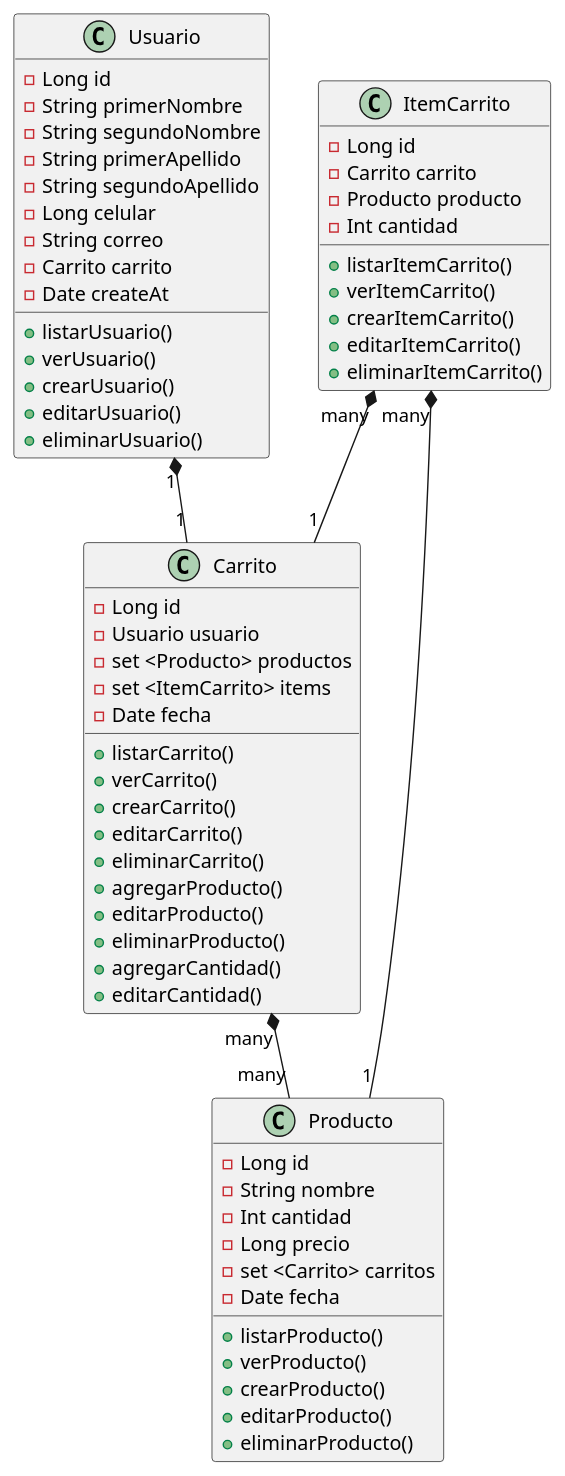
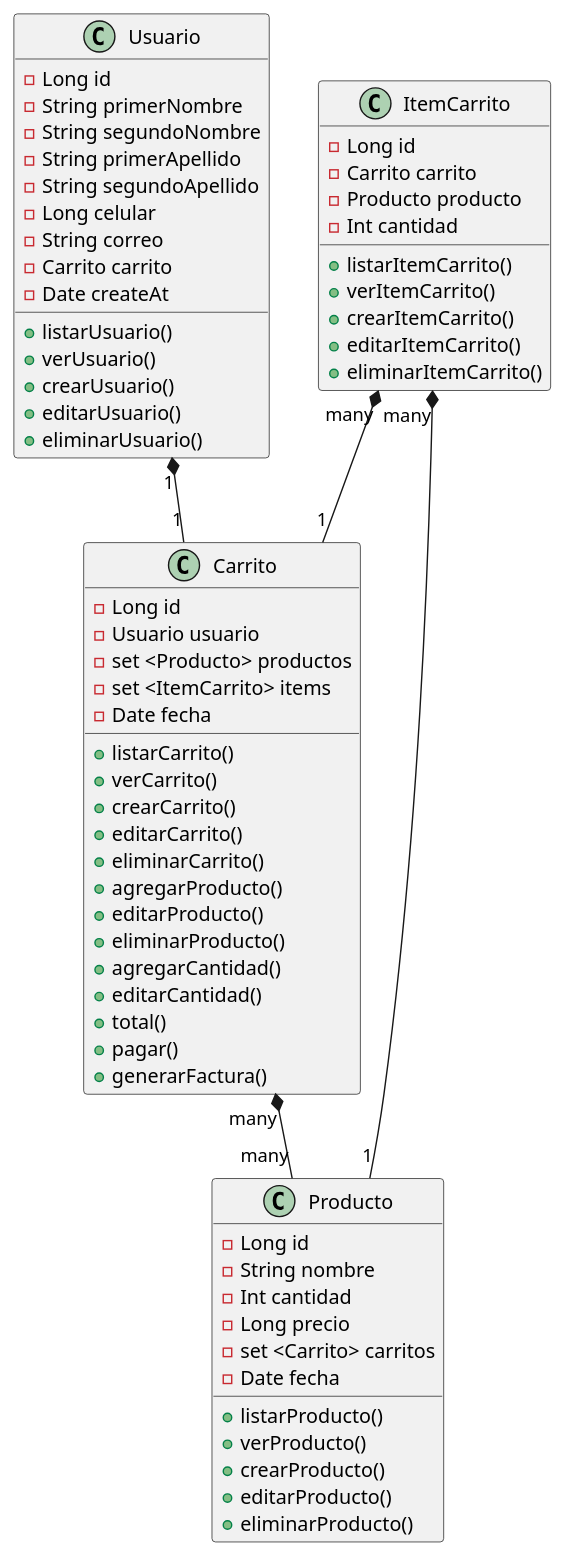
One commit to jonnycanabal/tienda-web-backend changed the diagram in diagramas-tienda-web/diagrama_de_clases.puml. Above: the diagram before and after it, drawn with PlantUML. The commit also changed 8 other files, not shown here.

Commit message:
Actualizacino diagramas UML

```diff
--- a/diagramas-tienda-web/diagrama_de_clases.puml
+++ b/diagramas-tienda-web/diagrama_de_clases.puml
@@ -1,92 +1,95 @@
 @startuml tienda-web
 
 Usuario "1" *-- "1" Carrito
 Carrito "many" *-- "many" Producto
 ItemCarrito "many" *-- "1" Carrito
 ItemCarrito "many" *-- "1" Producto 
 
 Class Usuario {
     - Long id
     - String primerNombre
     - String segundoNombre
     - String primerApellido
     - String segundoApellido
     - Long celular
     - String correo
     - Carrito carrito
     - Date createAt
 
     + listarUsuario()
     + verUsuario()
     + crearUsuario()
     + editarUsuario()
     + eliminarUsuario()
 
     ' + Long getId()
     ' + void setId(Long id)
     ' + String getPrimerNombre()
     ' + void setPrimerNombre()
     ' + String getSegundoNombre()
     ' + void setSegundoNombre()
     ' + String getPrimerApellido()
     ' + void setPrimerApllido()
     ' + String getSegundoApellido()
     ' + void setSegundoApellido()
     ' + Long getCelular()
     ' + void setCelular()
     ' + String getCorreo()
     ' + void setCorreo()
     ' + Carrito getCarrito()
     ' + void setCarrito()
     ' + Date getCreateAt()
     ' + void setCreateAt()
 }
 
 class Producto{
     - Long id
     - String nombre
     - Int cantidad
     - Long precio
     - set <Carrito> carritos
     - Date fecha
 
     + listarProducto()
     + verProducto()
     + crearProducto()
     + editarProducto()
     + eliminarProducto()
 }
 
 class Carrito{
     - Long id
     - Usuario usuario
     - set <Producto> productos
     - set <ItemCarrito> items
     - Date fecha
     
     + listarCarrito()
     + verCarrito()
     + crearCarrito()
     + editarCarrito()
     + eliminarCarrito()
     + agregarProducto()
     + editarProducto()
     + eliminarProducto()
     + agregarCantidad()
     + editarCantidad()
+    + total()
+    + pagar()
+    + generarFactura()
 }
 
 class ItemCarrito {
     -Long id
     - Carrito carrito
     - Producto producto
     - Int cantidad
 
     + listarItemCarrito()
     + verItemCarrito()
     + crearItemCarrito()
     + editarItemCarrito()
     + eliminarItemCarrito()
 }
 
 @enduml
```
